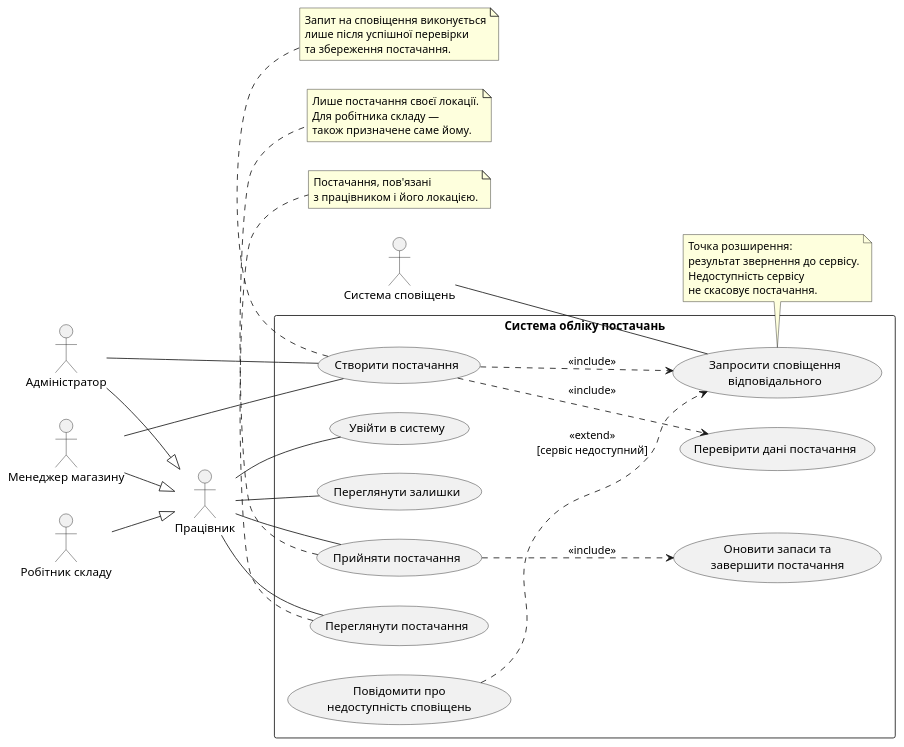
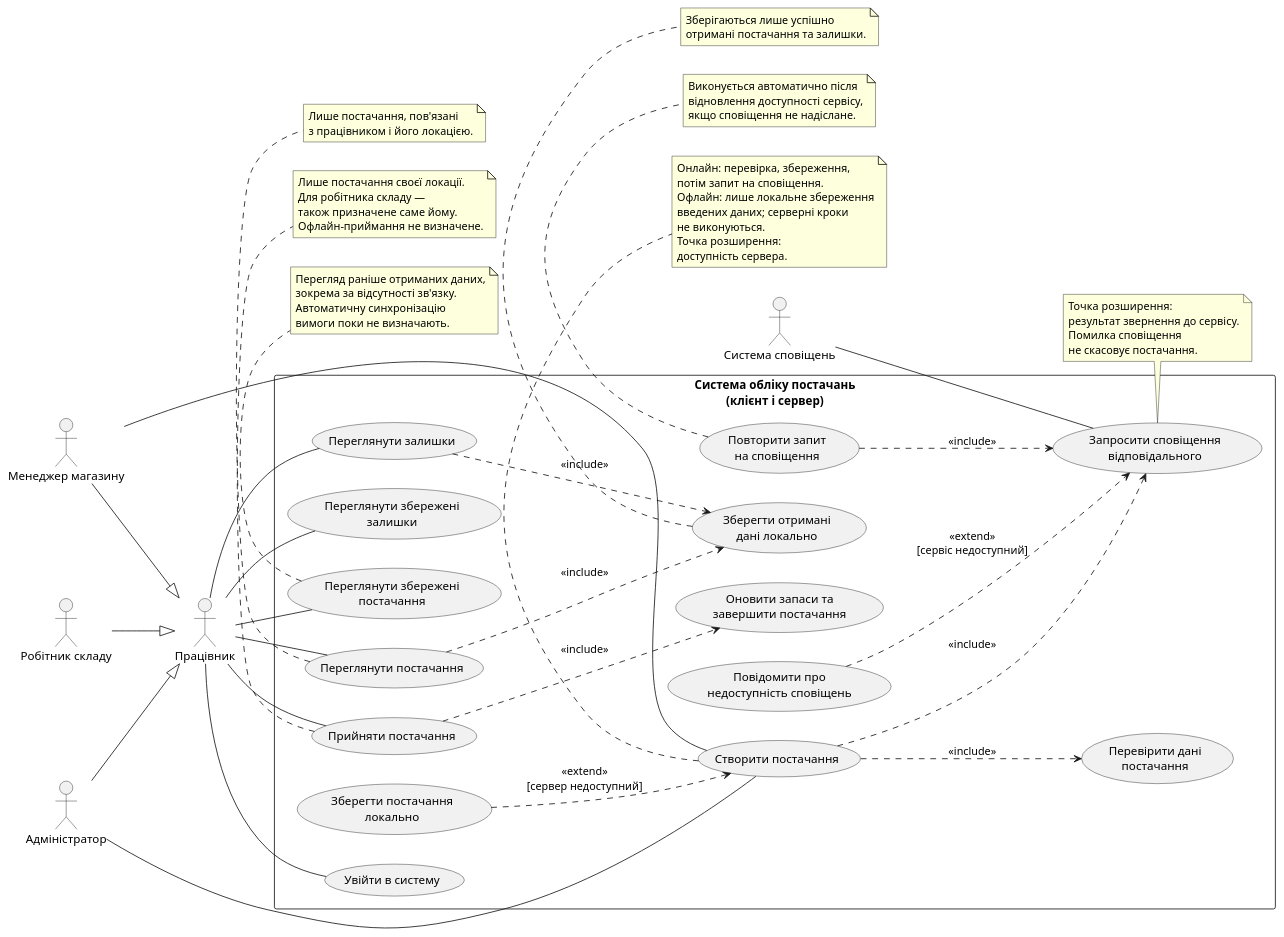
Before and after one commit to Petrovich-322/KPI: the diagram in lab2/use-case.puml, drawn with PlantUML.

Commit message:
use-case.pml №2

```diff
--- a/lab2/use-case.puml
+++ b/lab2/use-case.puml
@@ -1,67 +1,109 @@
 @startuml
 left to right direction
 skinparam shadowing false
 
 actor "Працівник" as Employee
 actor "Менеджер магазину" as Manager
 actor "Робітник складу" as Worker
 actor "Адміністратор" as Admin
 actor "Система сповіщень" as Notifications
 
 Manager --|> Employee
 Worker --|> Employee
 Admin --|> Employee
 
-rectangle "Система обліку постачань" {
+rectangle "Система обліку постачань\n(клієнт і сервер)" {
+
     usecase "Увійти в систему" as Login
+
     usecase "Створити постачання" as Create
-    usecase "Перевірити дані постачання" as Validate
+    usecase "Перевірити дані\nпостачання" as Validate
+    usecase "Зберегти постачання\nлокально" as SaveDraft
+
     usecase "Запросити сповіщення\nвідповідального" as Notify
-    usecase "Переглянути постачання" as View
+    usecase "Повідомити про\nнедоступність сповіщень" as NotifyFailure
+    usecase "Повторити запит\nна сповіщення" as RetryNotify
+
+    usecase "Переглянути постачання" as ViewSupply
+    usecase "Переглянути залишки" as ViewStock
+    usecase "Зберегти отримані\nдані локально" as Cache
+    usecase "Переглянути збережені\nпостачання" as CachedSupply
+    usecase "Переглянути збережені\nзалишки" as CachedStock
+
     usecase "Прийняти постачання" as Accept
     usecase "Оновити запаси та\nзавершити постачання" as Update
-    usecase "Переглянути залишки" as Stock
-    usecase "Повідомити про\nнедоступність сповіщень" as NotifyFailure
 }
 
 Employee -- Login
-Employee -- View
+Employee -- ViewSupply
+Employee -- ViewStock
+Employee -- CachedSupply
+Employee -- CachedStock
 Employee -- Accept
-Employee -- Stock
 
 Manager -- Create
 Admin -- Create
 
 Notifications -- Notify
 
 Create ..> Validate : <<include>>
 Create ..> Notify : <<include>>
+
+SaveDraft ..> Create : <<extend>>\n[сервер недоступний]
+
+ViewSupply ..> Cache : <<include>>
+ViewStock ..> Cache : <<include>>
+
+NotifyFailure ..> Notify : <<extend>>\n[сервіс недоступний]
+RetryNotify ..> Notify : <<include>>
+
 Accept ..> Update : <<include>>
 
-NotifyFailure ..> Notify : <<extend>>\n[сервіс недоступний]
+note bottom of Create
+  Онлайн: перевірка, збереження,
+  потім запит на сповіщення.
+  Офлайн: лише локальне збереження
+  введених даних; серверні кроки
+  не виконуються.
+  Точка розширення:
+  доступність сервера.
+end note
 
-note bottom of Create
-  Запит на сповіщення виконується
-  лише після успішної перевірки
-  та збереження постачання.
+note bottom of Notify
+  Точка розширення:
+  результат звернення до сервісу.
+  Помилка сповіщення
+  не скасовує постачання.
+end note
+
+note bottom of RetryNotify
+  Виконується автоматично після
+  відновлення доступності сервісу,
+  якщо сповіщення не надіслане.
+end note
+
+note bottom of Cache
+  Зберігаються лише успішно
+  отримані постачання та залишки.
+end note
+
+note bottom of CachedSupply
+  Перегляд раніше отриманих даних,
+  зокрема за відсутності зв'язку.
+  Автоматичну синхронізацію
+  вимоги поки не визначають.
 end note
 
 note bottom of Accept
   Лише постачання своєї локації.
   Для робітника складу —
   також призначене саме йому.
+  Офлайн-приймання не визначене.
 end note
 
-note bottom of View
-  Постачання, пов'язані
+note bottom of ViewSupply
+  Лише постачання, пов'язані
   з працівником і його локацією.
 end note
 
-note bottom of Notify
-  Точка розширення:
-  результат звернення до сервісу.
-  Недоступність сервісу
-  не скасовує постачання.
-end note
-
 @enduml
```
